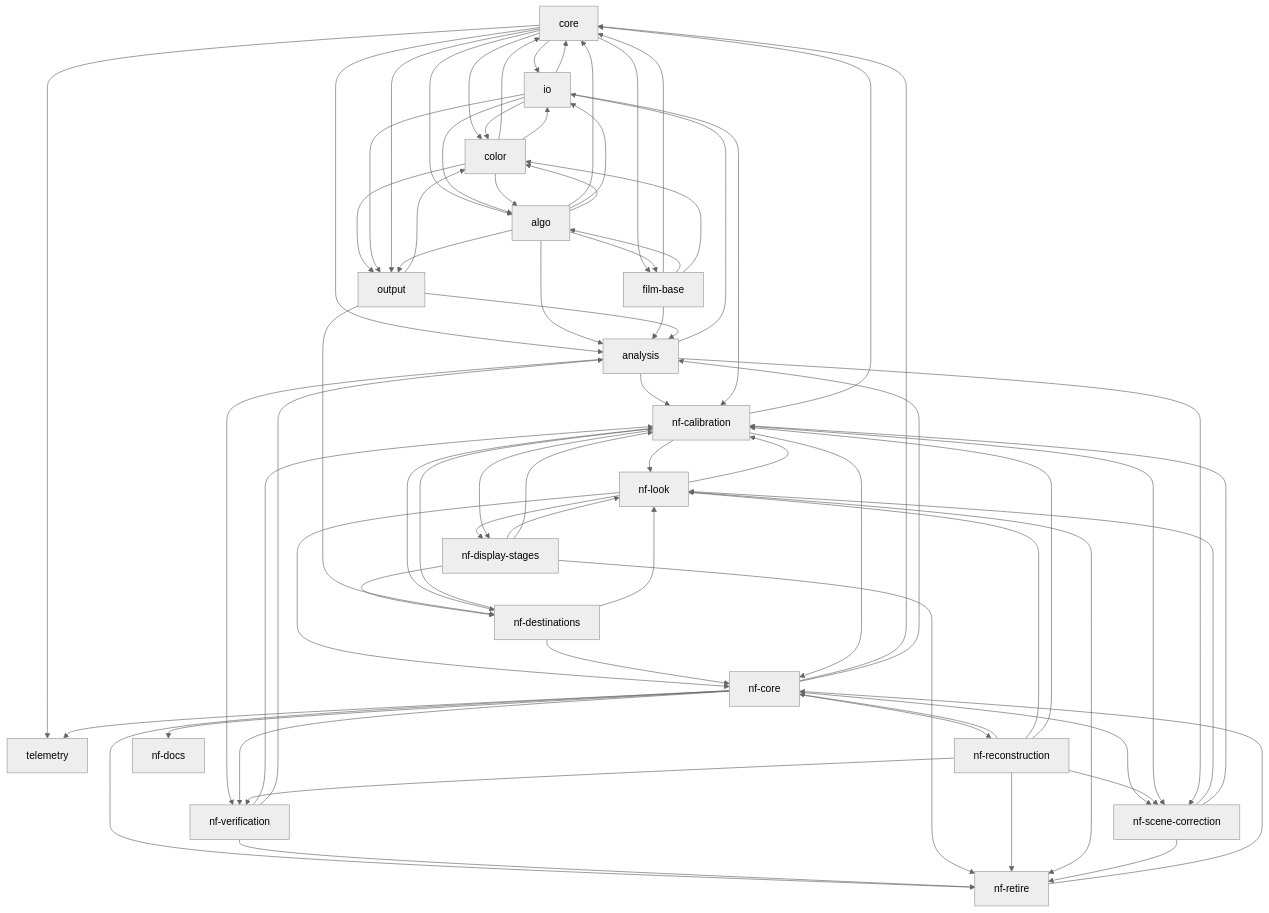
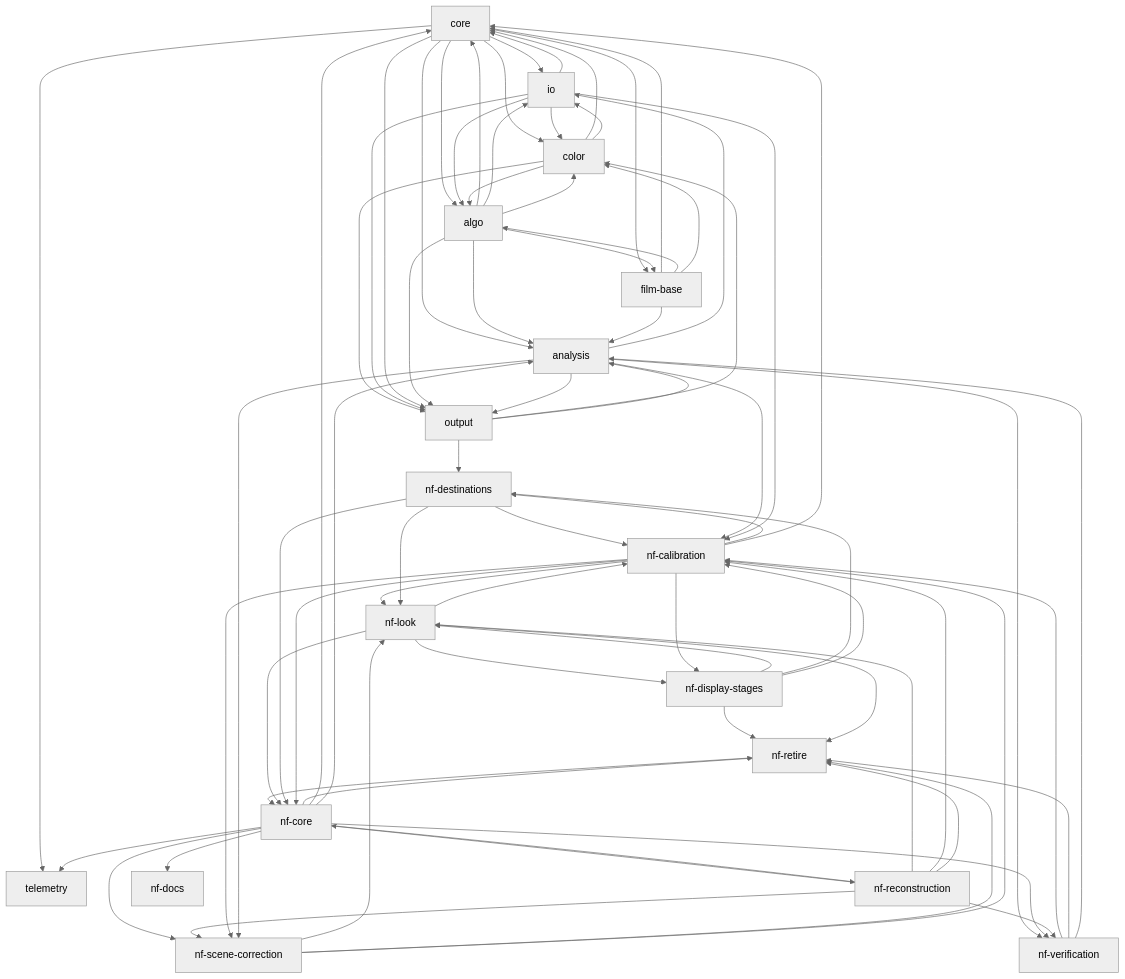
One commit to lix42/hanten changed the first of 2 diagrams in docs/TASKS.md. Above: the diagram before and after it, drawn with Mermaid (neutral theme). The commit also changed other lines of this file and 3 other files, not shown here.

```diff
--- a/docs/TASKS.md
+++ b/docs/TASKS.md
@@ -143,6 +143,7 @@
   core --> output
   algo --> output
   output --> analysis
+  analysis --> output
   nf-reconstruction --> nf-core
   nf-retire --> nf-core
   nf-core --> nf-reconstruction
```
